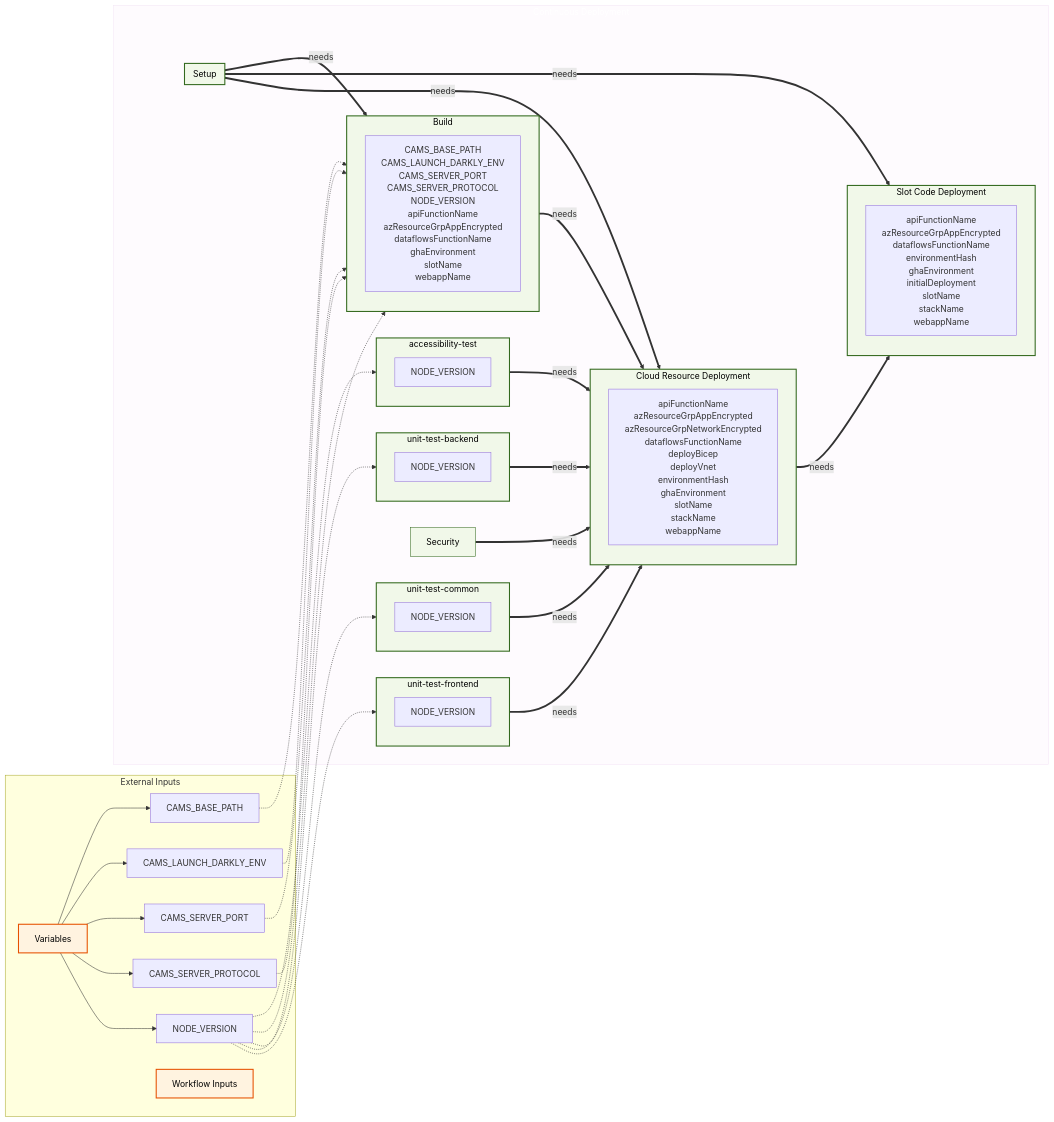
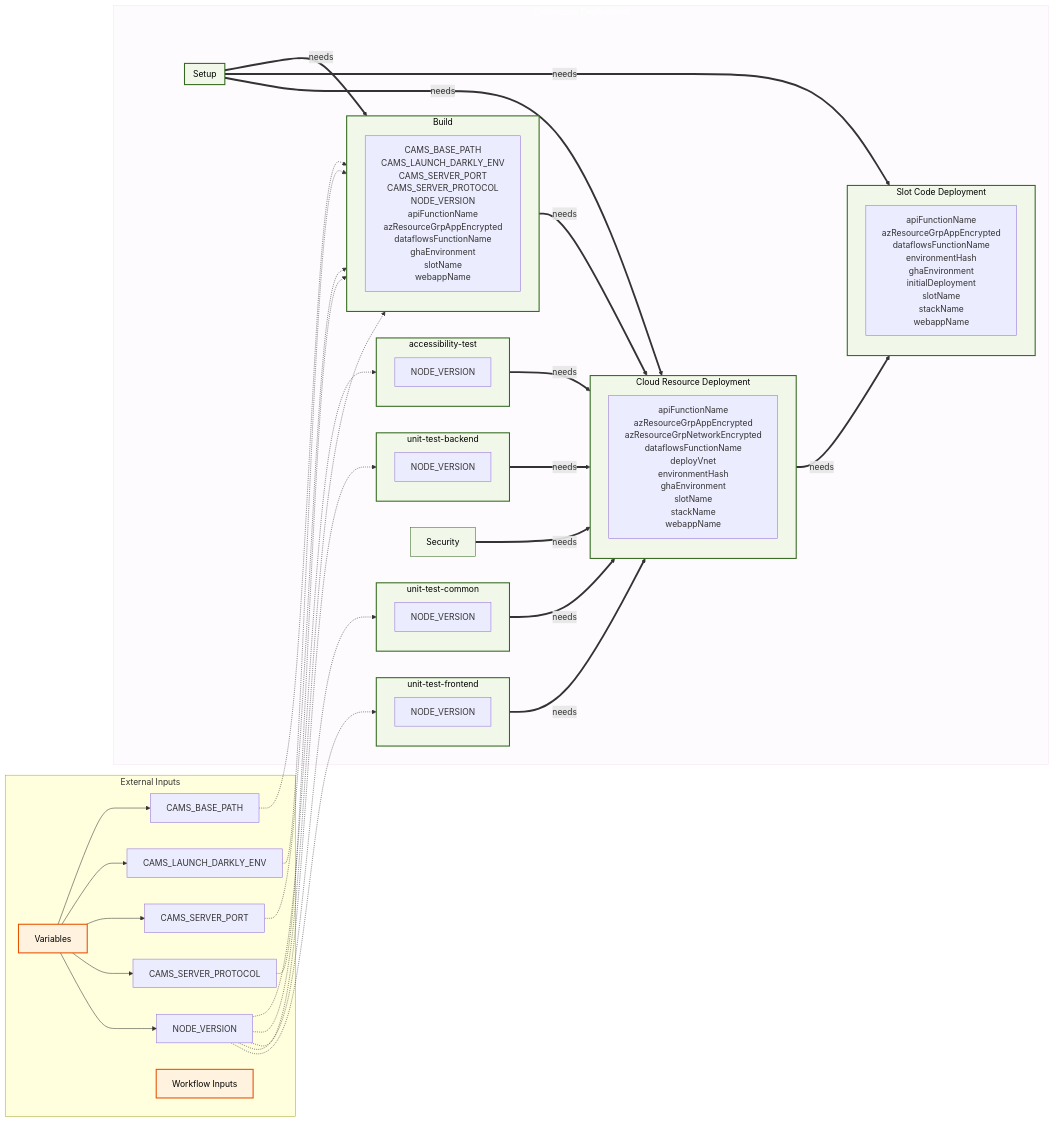
One commit to US-Trustee-Program/Bankruptcy-Oversight-Support-Systems changed the seventh of 21 diagrams in docs/operations/workflow-diagram.md. Above: the diagram before and after it, drawn with Mermaid. The commit also changed other lines of this file and 4 other files, not shown here.

First line of the commit message:
Remove "deployBicep" parameter in GHA

````diff
--- a/docs/operations/workflow-diagram.md
+++ b/docs/operations/workflow-diagram.md
@@ -272,81 +272,81 @@
 ```mermaid
 flowchart LR
     subgraph "External Inputs"
         Variables["Variables"]
         Variables_CAMS_BASE_PATH["CAMS_BASE_PATH"]
         Variables_CAMS_LAUNCH_DARKLY_ENV["CAMS_LAUNCH_DARKLY_ENV"]
         Variables_CAMS_SERVER_PORT["CAMS_SERVER_PORT"]
         Variables_CAMS_SERVER_PROTOCOL["CAMS_SERVER_PROTOCOL"]
         Variables_NODE_VERSION["NODE_VERSION"]
         Workflow_Inputs["Workflow Inputs"]
     end
 
     subgraph continuous_deployment_workflow["Continuous Deployment"]
         subgraph setup_subgraph["Setup"]
         end
         subgraph accessibility_test_subgraph["accessibility-test"]
             accessibility_test_vars["NODE_VERSION"]
         end
         subgraph unit_test_frontend_subgraph["unit-test-frontend"]
             unit_test_frontend_vars["NODE_VERSION"]
         end
         subgraph unit_test_backend_subgraph["unit-test-backend"]
             unit_test_backend_vars["NODE_VERSION"]
         end
         subgraph unit_test_common_subgraph["unit-test-common"]
             unit_test_common_vars["NODE_VERSION"]
         end
         security_scan["Security"]
         subgraph build_subgraph["Build"]
             build_vars["CAMS_BASE_PATH<br/>CAMS_LAUNCH_DARKLY_ENV<br/>CAMS_SERVER_PORT<br/>CAMS_SERVER_PROTOCOL<br/>NODE_VERSION<br/>apiFunctionName<br/>azResourceGrpAppEncrypted<br/>dataflowsFunctionName<br/>ghaEnvironment<br/>slotName<br/>webappName"]
         end
         subgraph deploy_subgraph["Cloud Resource Deployment"]
-            deploy_vars["apiFunctionName<br/>azResourceGrpAppEncrypted<br/>azResourceGrpNetworkEncrypted<br/>dataflowsFunctionName<br/>deployBicep<br/>deployVnet<br/>environmentHash<br/>ghaEnvironment<br/>slotName<br/>stackName<br/>webappName"]
+            deploy_vars["apiFunctionName<br/>azResourceGrpAppEncrypted<br/>azResourceGrpNetworkEncrypted<br/>dataflowsFunctionName<br/>deployVnet<br/>environmentHash<br/>ghaEnvironment<br/>slotName<br/>stackName<br/>webappName"]
         end
         subgraph deploy_code_slot_subgraph["Slot Code Deployment"]
             deploy_code_slot_vars["apiFunctionName<br/>azResourceGrpAppEncrypted<br/>dataflowsFunctionName<br/>environmentHash<br/>ghaEnvironment<br/>initialDeployment<br/>slotName<br/>stackName<br/>webappName"]
         end
     end
 
         Variables --> Variables_CAMS_BASE_PATH
         Variables --> Variables_CAMS_LAUNCH_DARKLY_ENV
         Variables --> Variables_CAMS_SERVER_PORT
         Variables --> Variables_CAMS_SERVER_PROTOCOL
         Variables --> Variables_NODE_VERSION
     Variables_CAMS_BASE_PATH -.-> build_subgraph
     Variables_CAMS_LAUNCH_DARKLY_ENV -.-> build_subgraph
     Variables_CAMS_SERVER_PORT -.-> build_subgraph
     Variables_CAMS_SERVER_PROTOCOL -.-> build_subgraph
     Variables_NODE_VERSION -.-> accessibility_test_subgraph
     Variables_NODE_VERSION -.-> build_subgraph
     Variables_NODE_VERSION -.-> unit_test_backend_subgraph
     Variables_NODE_VERSION -.-> unit_test_common_subgraph
     Variables_NODE_VERSION -.-> unit_test_frontend_subgraph
     accessibility_test_subgraph ==>|"needs"| deploy_subgraph
     build_subgraph ==>|"needs"| deploy_subgraph
     deploy_subgraph ==>|"needs"| deploy_code_slot_subgraph
     security_scan ==>|"needs"| deploy_subgraph
     setup_subgraph ==>|"needs"| build_subgraph
     setup_subgraph ==>|"needs"| deploy_code_slot_subgraph
     setup_subgraph ==>|"needs"| deploy_subgraph
     unit_test_backend_subgraph ==>|"needs"| deploy_subgraph
     unit_test_common_subgraph ==>|"needs"| deploy_subgraph
     unit_test_frontend_subgraph ==>|"needs"| deploy_subgraph
 
     classDef external fill:#fff3e0,stroke:#e65100,stroke-width:2px,color:#000000
     classDef job fill:#f1f8e9,stroke:#33691e,stroke-width:1px,color:#000000
     classDef mainWorkflow fill:#f3e5f5,fill-opacity:0.15,stroke:#f3e5f5,stroke-width:1px,color:#ffffff
     classDef jobSubgraph fill:#f1f8e9,stroke:#33691e,stroke-width:2px,color:#000000
     class continuous_deployment_workflow mainWorkflow
     class Variables external
     class Workflow_Inputs external
     class accessibility_test_subgraph jobSubgraph
     class build_subgraph jobSubgraph
     class deploy_subgraph jobSubgraph
     class deploy_code_slot_subgraph jobSubgraph
     class security_scan job
     class setup_subgraph jobSubgraph
     class unit_test_backend_subgraph jobSubgraph
     class unit_test_common_subgraph jobSubgraph
     class unit_test_frontend_subgraph jobSubgraph
 ```
````
